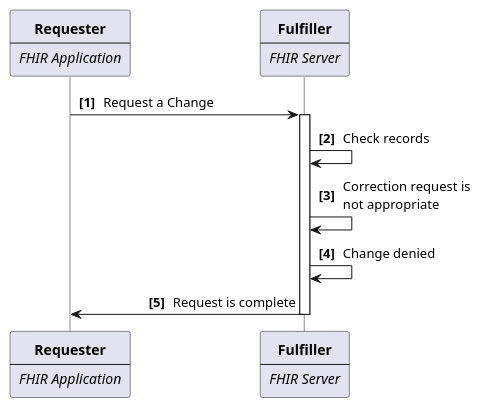
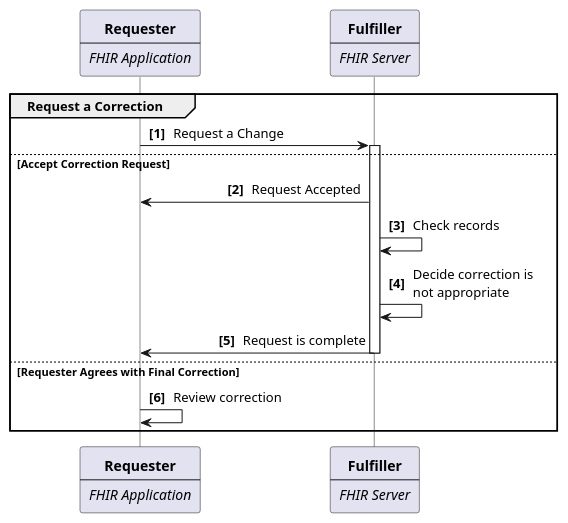
The diagram in input/images-source/use-case-3.plantuml (HL7/fhir-patient-correction), drawn with PlantUML before and after one commit. The commit also changed 7 other files, not shown here.

```diff
--- a/input/images-source/use-case-3.plantuml
+++ b/input/images-source/use-case-3.plantuml
@@ -1,29 +1,35 @@
 @startuml
 skinparam DefaultTextAlignment center
 skinparam SequenceMessageAlignment direction
 skinparam Padding 2
 skinparam ParticipantPadding 60
 skinparam LifelineStrategy solid
 autonumber "<b>[###]</b>"
 
 participant R [
   **Requester**
   ----
   //FHIR Application//
 ]
 participant F [
   **Fulfiller**
   ----
   //FHIR Server//
 ]
 
-R->F : Request a Change
+group Request a Correction
+  R->F : Request a Change
+else Accept Correction Request
+  Activate F
+    F->R : Request Accepted
+    F->F : Check records
+    F->F : Decide correction is\nnot appropriate
+    F->R : Request is complete
+  Deactivate F
+else Requester Agrees with Final Correction
+  R->R : Review correction
+end
 
-Activate F
-  F->F : Check records
-  F->F : Correction request is\nnot appropriate
-  F->F : Change denied
-  F->R : Request is complete
-Deactivate F
+
 
 @enduml
```
